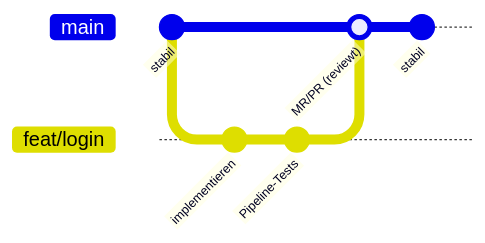
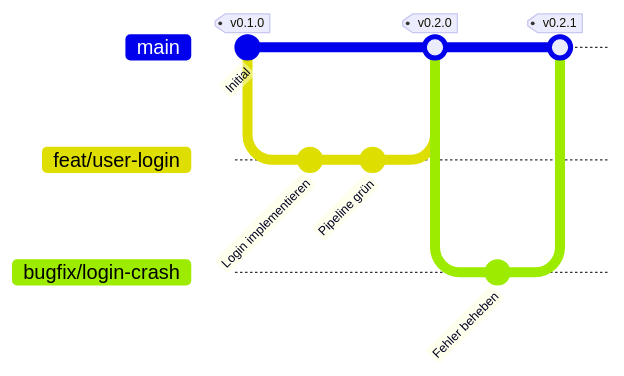
The diagram in README.md (Adam-Swiderski/M324-Gruppe-4), drawn with Mermaid before and after one commit. The commit also changed other lines of this file, not shown here.

````diff
--- a/README.md
+++ b/README.md
@@ -24,11 +33,15 @@
 ```mermaid
 gitGraph
-    commit id: "stabil"
-    branch feat/login
-    checkout feat/login
-    commit id: "implementieren"
-    commit id: "Pipeline-Tests"
+    commit id: "Initial" tag: "v0.1.0"
+    branch feat/user-login
+    checkout feat/user-login
+    commit id: "Login implementieren"
+    commit id: "Pipeline grün"
     checkout main
-    merge feat/login id: "MR/PR (reviewt)"
-    commit id: "stabil "
+    merge feat/user-login tag: "v0.2.0"
+    branch bugfix/login-crash
+    checkout bugfix/login-crash
+    commit id: "Fehler beheben"
+    checkout main
+    merge bugfix/login-crash tag: "v0.2.1"
 ```
````
